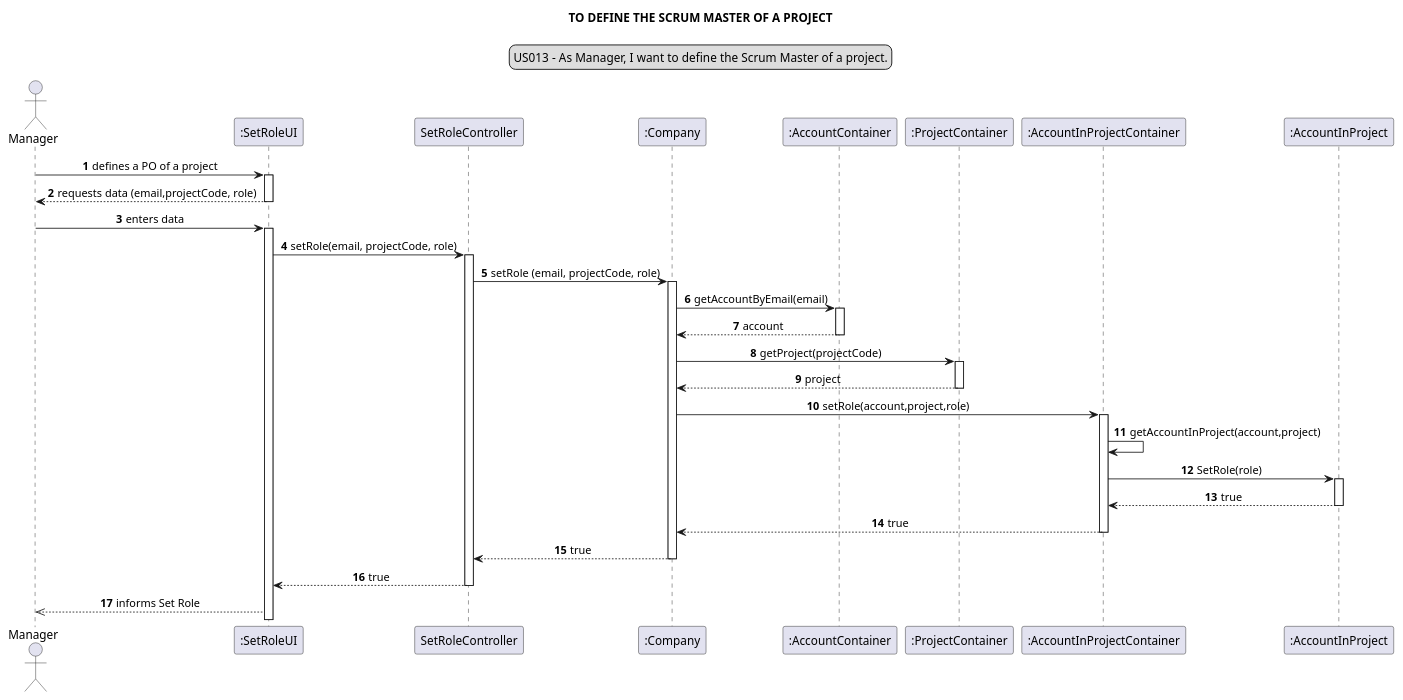
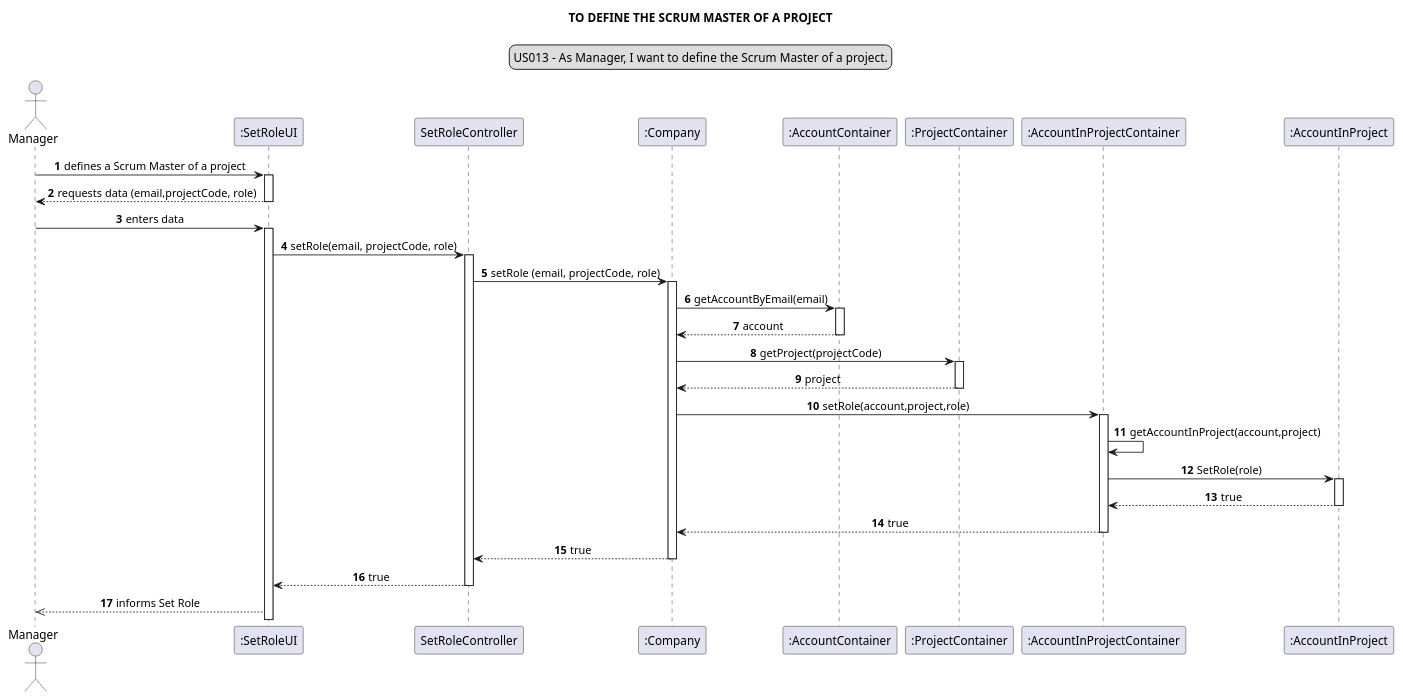
Before and after one commit to Loracline/project_switch_22-23: the diagram in docs/modelling_design/user_stories/us013/US013_sequenceDiagram.puml, drawn with PlantUML. The commit also changed 1 other file, not shown here.

Commit message:
US001|US013 : Design : refinement of class diagram.

```diff
--- a/docs/modelling_design/user_stories/us013/US013_sequenceDiagram.puml
+++ b/docs/modelling_design/user_stories/us013/US013_sequenceDiagram.puml
@@ -3,55 +3,55 @@
 @startuml
 'https://plantuml.com/class-diagram
 skinparam sequenceMessageAlign center
 title TO DEFINE THE SCRUM MASTER OF A PROJECT
 legend top
 US013 - As Manager, I want to define the Scrum Master of a project.
 end legend
 autonumber
 
 actor Manager
 participant ":SetRoleUI" as ui
 participant "SetRoleController" as controller
 participant ":Company" as company
 participant ":AccountContainer" as acccontainer
 participant ":ProjectContainer" as pcontainer
 participant ":AccountInProjectContainer" as accinprojcont
 participant ":AccountInProject" as accinproj
 
 
-Manager -> ui:  defines a PO of a project
+Manager -> ui:  defines a Scrum Master of a project
 activate ui
 Manager <-- ui:  requests data (email,projectCode, role)
 deactivate ui
 Manager -> ui:  enters data
 activate ui
 ui -> controller: setRole(email, projectCode, role)
 activate controller
 controller -> company: setRole (email, projectCode, role)
 activate company
 company -> acccontainer: getAccountByEmail(email)
 activate acccontainer
 company <-- acccontainer: account
 deactivate acccontainer
 company -> pcontainer: getProject(projectCode)
 activate pcontainer
 company <-- pcontainer: project
 deactivate pcontainer
 company -> accinprojcont: setRole(account,project,role)
 activate accinprojcont
 accinprojcont -> accinprojcont : getAccountInProject(account,project)
 accinprojcont -> accinproj: SetRole(role)
 activate accinproj
 accinproj --> accinprojcont: true
 
 deactivate accinproj
 accinprojcont --> company: true
 deactivate accinprojcont
 company --> controller : true
 deactivate company
 controller --> ui: true
 deactivate controller
 ui -->> Manager: informs Set Role
 
 
 @enduml
```
